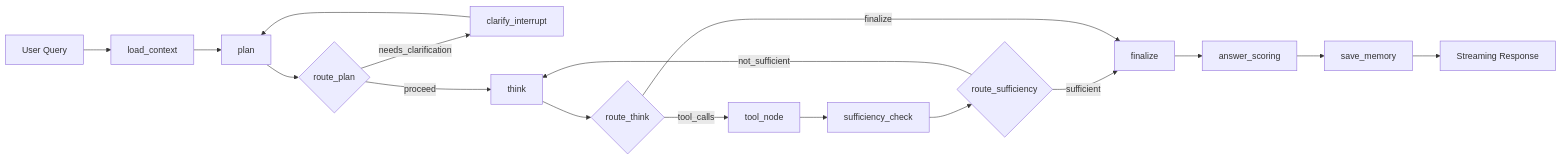
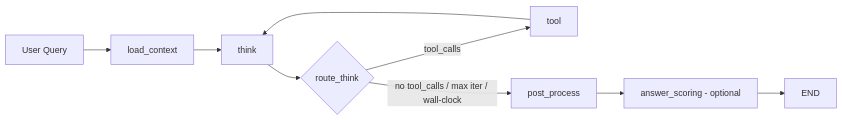
Before and after one commit to tangowhisky-dev/rag-web-ui: the second of 4 diagrams in docs/architecture.md, drawn with Mermaid. The commit also changed other lines of this file and 2 other files, not shown here.

Commit message:
Update docs to reflect v2 agent loop architecture
Replace the old v1 pipeline (plan → clarify → think → tool → sufficiency_check
→ finalize → answer_scoring → save_memory) with the v2 unified agent loop
(load_context → think ⇄ tool → post_process → END) across all three docs:

- docs/retrieval-pipeline.html: full rewrite with v2 diagram, sub-agent
  boxes (retrieve_parallel, create_office_document), v1-vs-v2 comparison
  table, updated SSE events, updated key design decisions
- README.md: updated agentic pipeline intro, tool registry (15+2 vs 18),
  pipeline features, features list (added parallel retrieval, office
  generation, inline charts, downloadable files)
- docs/architecture.md: updated mermaid diagram, pipeline description,
  tool registry, key architectural patterns

Generated with [Devin](https://devin.ai)

````diff
--- a/docs/architecture.md
+++ b/docs/architecture.md
@@ -117,19 +117,11 @@
 ```mermaid
 graph LR
     A[User Query] --> B[load_context]
-    B --> C[plan]
-    C --> D{route_plan}
-    D -->|needs_clarification| E[clarify_interrupt]
+    B --> C[think]
+    C --> D{route_think}
+    D -->|tool_calls| E[tool]
     E --> C
-    D -->|proceed| F[think]
-    F --> G{route_think}
-    G -->|tool_calls| H[tool_node]
-    H --> I[sufficiency_check]
-    I --> J{route_sufficiency}
-    J -->|sufficient| K[finalize]
-    J -->|not_sufficient| F
-    G -->|finalize| K
-    K --> L[answer_scoring]
-    L --> M[save_memory]
-    M --> N[Streaming Response]
+    D -->|no tool_calls / max iter / wall-clock| F[post_process]
+    F --> G[answer_scoring - optional]
+    G --> H[END]
 ```
````
